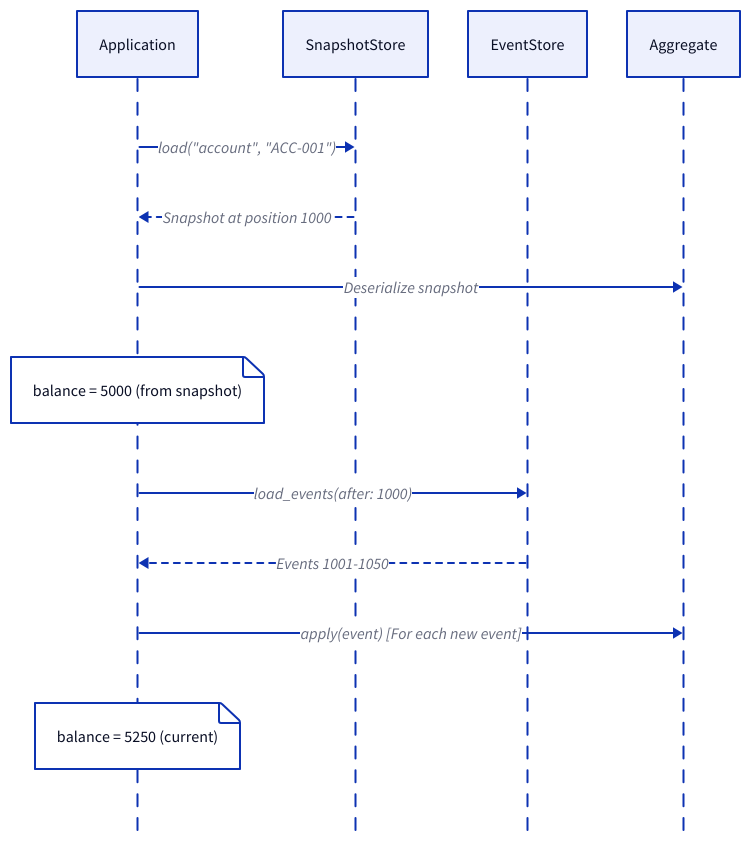
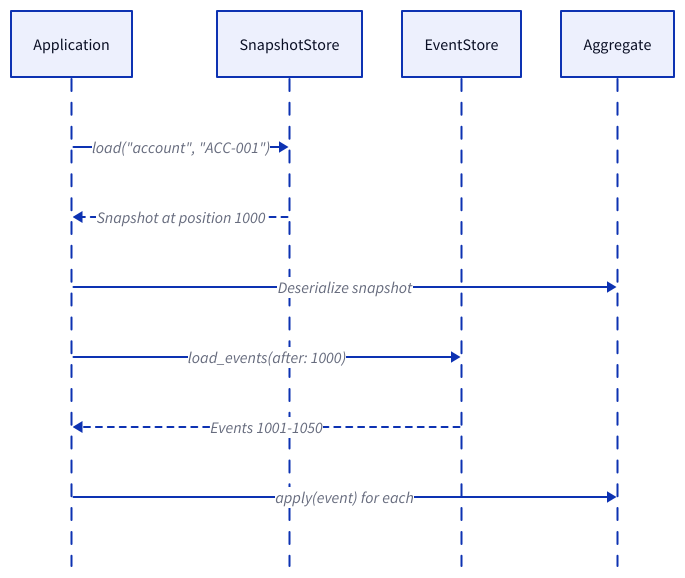
Before and after one commit to danieleades/sourcery: the diagram in docs/src/advanced/snapshots.md, drawn with D2. The commit also changed other lines of this file and 55 other files, not shown here.

````diff
--- a/docs/src/advanced/snapshots.md
+++ b/docs/src/advanced/snapshots.md
@@ -7,17 +7,15 @@
 ```d2
 shape: sequence_diagram
 
 App: Application
 Snap: SnapshotStore
 Store: EventStore
 Agg: Aggregate
 
 App -> Snap: 'load("account", "ACC-001")'
 Snap -> App: "Snapshot at position 1000" {style.stroke-dash: 3}
 App -> Agg: "Deserialize snapshot"
-App."balance = 5000 (from snapshot)"
 App -> Store: "load_events(after: 1000)"
 Store -> App: "Events 1001-1050" {style.stroke-dash: 3}
-App -> Agg: "apply(event) [For each new event]"
-App."balance = 5250 (current)"
+App -> Agg: "apply(event) for each"
 ```
````
